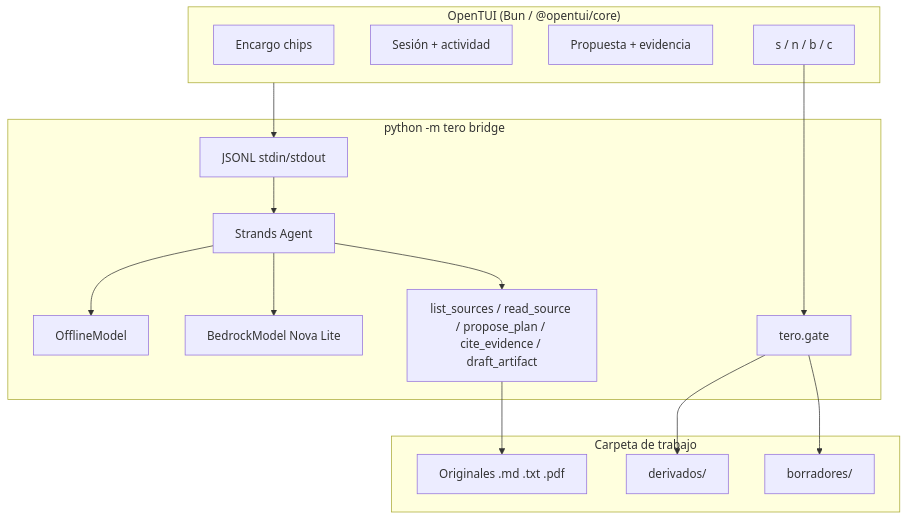
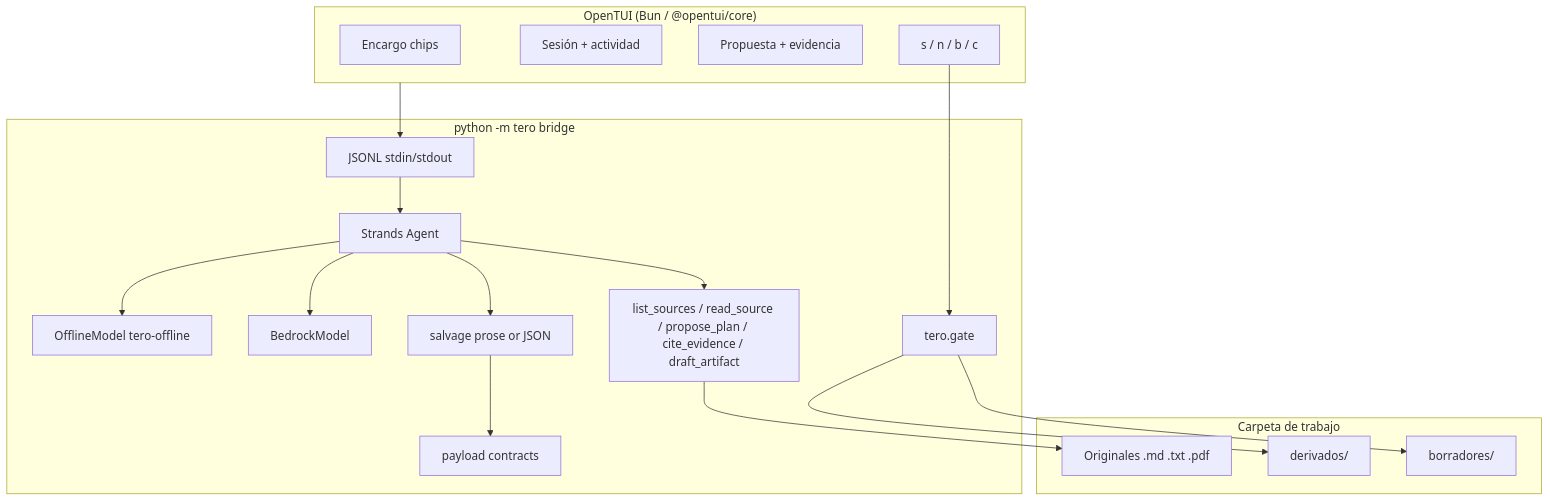
The diagram in ARCHITECTURE.md (marcorojasb/tero), drawn with Mermaid before and after one commit. The commit also changed other lines of this file and 24 other files, not shown here.

````diff
--- a/ARCHITECTURE.md
+++ b/ARCHITECTURE.md
@@ -13,34 +20,38 @@
 ```mermaid
 flowchart TB
   subgraph TUI["OpenTUI (Bun / @opentui/core)"]
     Chips[Encargo chips]
     Session[Sesión + actividad]
     Proposal[Propuesta + evidencia]
     Gate[s / n / b / c]
   end
 
   subgraph Host["python -m tero bridge"]
     JSONL[JSONL stdin/stdout]
     Agent[Strands Agent]
-    Offline[OfflineModel]
-    Bedrock[BedrockModel Nova Lite]
+    Offline[OfflineModel tero-offline]
+    Bedrock[BedrockModel]
     Tools[list_sources / read_source / propose_plan / cite_evidence / draft_artifact]
+    Salvage[salvage prose or JSON]
+    Coerce[payload contracts]
     GateHost[tero.gate]
   end
 
   subgraph Disk["Carpeta de trabajo"]
     Fuentes[Originales .md .txt .pdf]
     Derivados[derivados/]
     Borradores[borradores/]
   end
 
   TUI --> JSONL
   JSONL --> Agent
   Agent --> Offline
   Agent --> Bedrock
   Agent --> Tools
   Tools --> Fuentes
+  Agent --> Salvage
+  Salvage --> Coerce
   Gate --> GateHost
   GateHost --> Derivados
   GateHost --> Borradores
 ```
````
